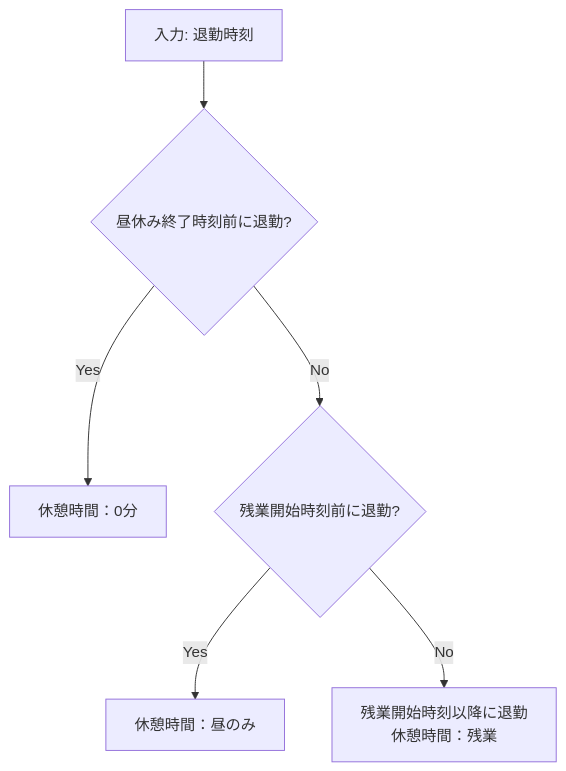
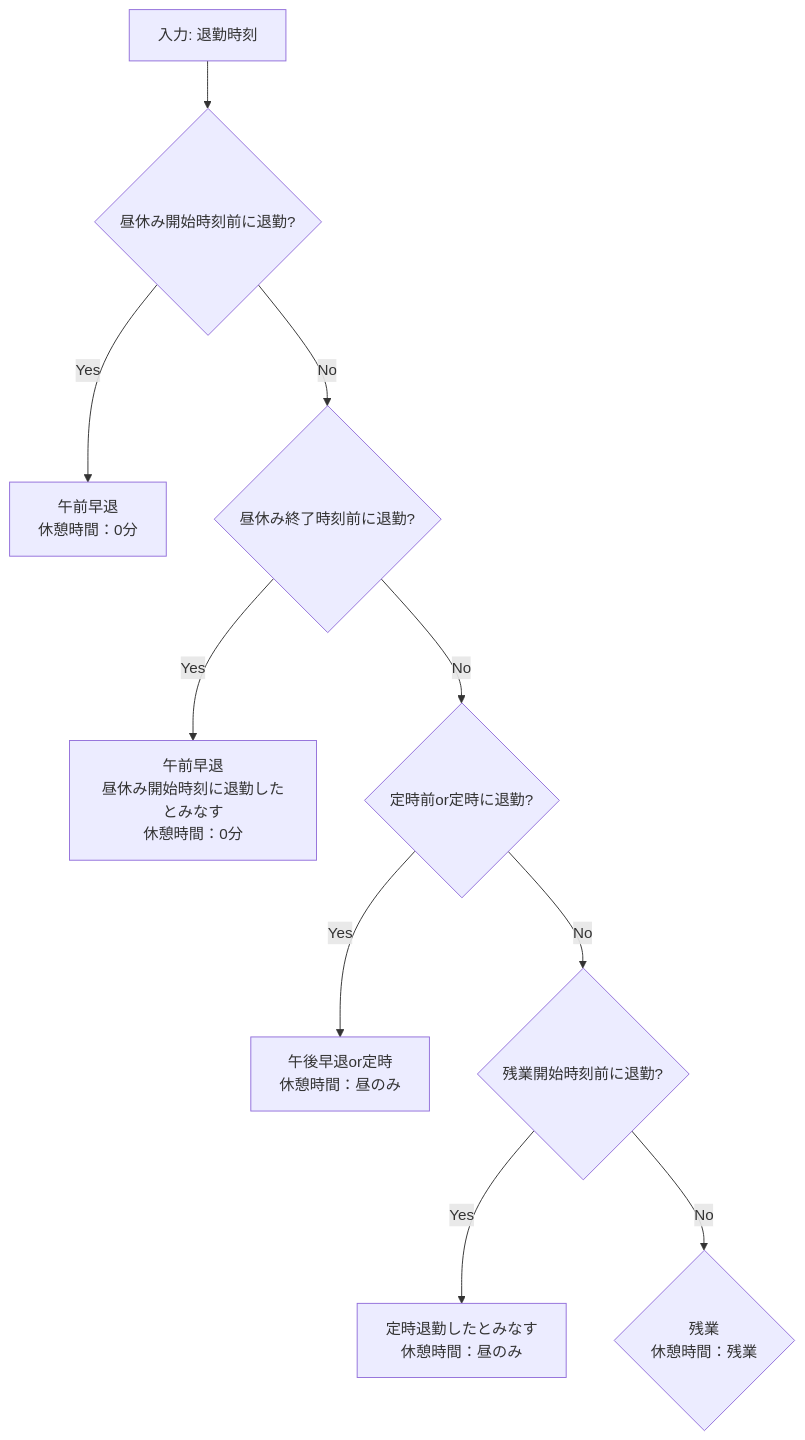
Before and after one commit to tkura37/WorkingHoursCalculator: the first of 2 diagrams in README.md, drawn with Mermaid. The commit also changed other lines of this file and 1 other file, not shown here.

Commit message:
20250109 Issues#1(時刻比較をモジュール化する) 対応完了

````diff
--- a/README.md
+++ b/README.md
@@ -43,8 +43,12 @@
 ```mermaid
 flowchart TD
-   A[入力: 退勤時刻] --> B{昼休み終了時刻前に退勤?}
-   B --> |Yes|C[休憩時間：0分]
-   B --> |No|D{残業開始時刻前に退勤?}
-   D --> |Yes|E[休憩時間：昼のみ]
-   D --> |No|G[残業開始時刻以降に退勤<br>休憩時間：残業]
+   A[入力: 退勤時刻] --> B{昼休み開始時刻前に退勤?}
+   B --> |Yes|C[午前早退<br>休憩時間：0分]
+   B --> |No|D{昼休み終了時刻前に退勤?}   
+   D --> |Yes|E[午前早退<br>昼休み開始時刻に退勤したとみなす<br>休憩時間：0分]
+   D --> |No|F{定時前or定時に退勤?}
+   F --> |Yes|G[午後早退or定時<br>休憩時間：昼のみ]
+   F --> |No|H{残業開始時刻前に退勤?}
+   H --> |Yes|I[定時退勤したとみなす<br>休憩時間：昼のみ]
+   H --> |No|J{残業<br>休憩時間：残業}
 ```
````
